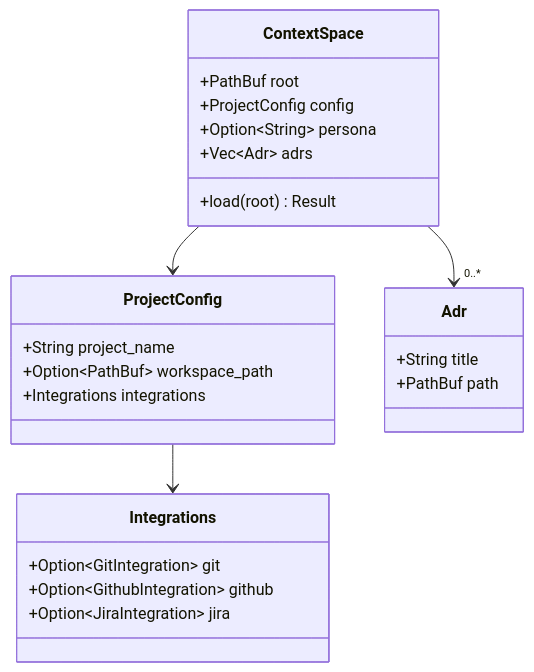
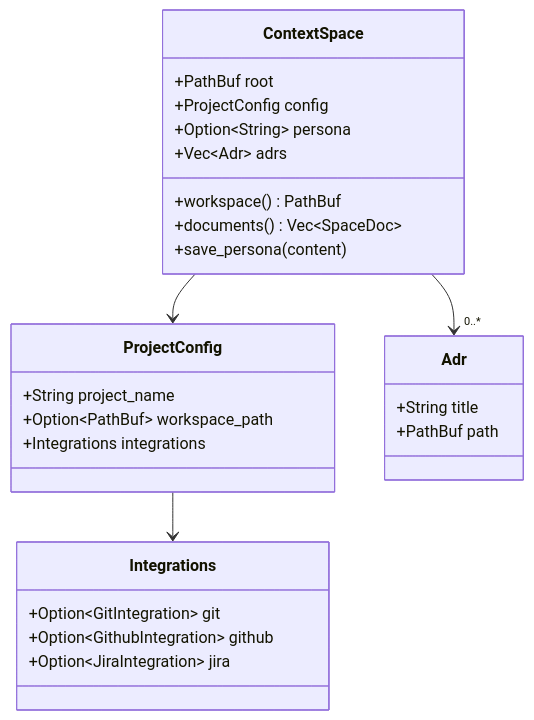
Before and after one commit to maximelarrieu/orchestra-ide: the second of 4 diagrams in docs/ARCHITECTURE.md, drawn with Mermaid. The commit also changed other lines of this file and 15 other files, not shown here.

````diff
--- a/docs/ARCHITECTURE.md
+++ b/docs/ARCHITECTURE.md
@@ -95,27 +97,29 @@
 ```mermaid
 classDiagram
     class ContextSpace {
         +PathBuf root
         +ProjectConfig config
         +Option~String~ persona
         +Vec~Adr~ adrs
-        +load(root) Result
+        +workspace() PathBuf
+        +documents() Vec~SpaceDoc~
+        +save_persona(content)
     }
     class ProjectConfig {
         +String project_name
         +Option~PathBuf~ workspace_path
         +Integrations integrations
     }
     class Integrations {
         +Option~GitIntegration~ git
         +Option~GithubIntegration~ github
         +Option~JiraIntegration~ jira
     }
     class Adr {
         +String title
         +PathBuf path
     }
     ContextSpace --> ProjectConfig
     ContextSpace --> "0..*" Adr
     ProjectConfig --> Integrations
 ```
````
